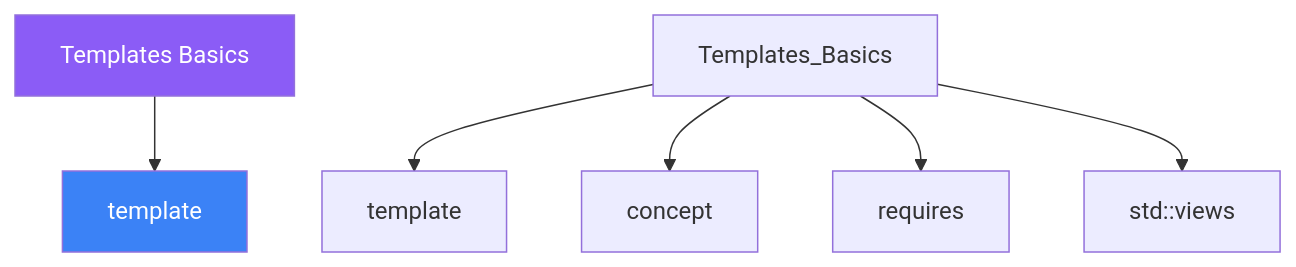
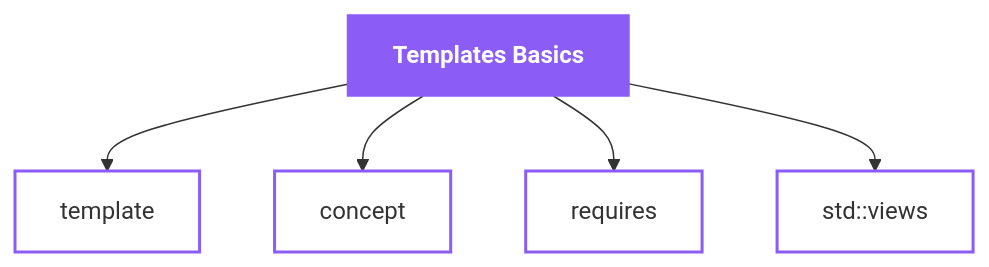
The diagram in mkdocs-site/docs/days/day-09/02-definition.md (AI-Maddy/Learn-Modern-CPP-OOP-30-Days), drawn with Mermaid before and after one commit. The commit also changed 99 other files, not shown here.

````diff
--- a/mkdocs-site/docs/days/day-09/02-definition.md
+++ b/mkdocs-site/docs/days/day-09/02-definition.md
@@ -115,10 +115,12 @@
 ```mermaid
 graph TD
-    ROOT["Templates Basics"] --> A["template"]
-    Templates_Basics --> template["template"]
-    Templates_Basics --> concept["concept"]
-    Templates_Basics --> requires["requires"]
-    Templates_Basics --> stdviews["std::views"]
-    style ROOT fill:#8b5cf6,color:#fff
-    style A    fill:#3b82f6,color:#fff
+    ROOT["Templates Basics"]
+    ROOT --> n0["template"]
+    ROOT --> n1["concept"]
+    ROOT --> n2["requires"]
+    ROOT --> n3["std::views"]
+    classDef topic fill:#8b5cf6,stroke:#8b5cf6,color:#ffffff,font-weight:bold
+    classDef concept fill:transparent,stroke:#8b5cf6,stroke-width:2px
+    class ROOT topic
+    class n0,n1,n2,n3 concept
 ```
````
